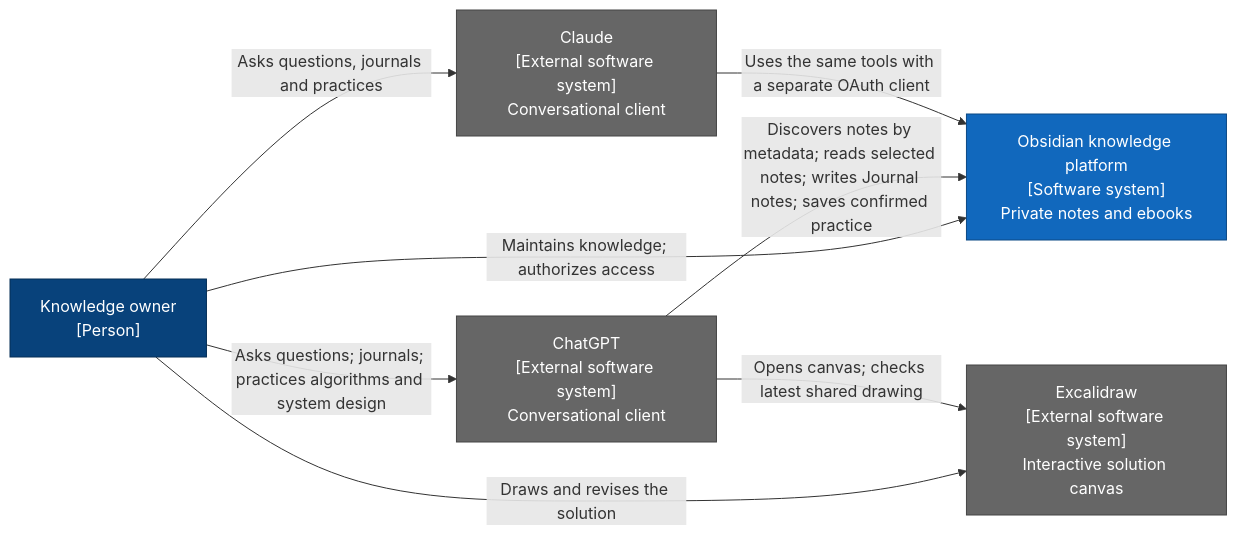
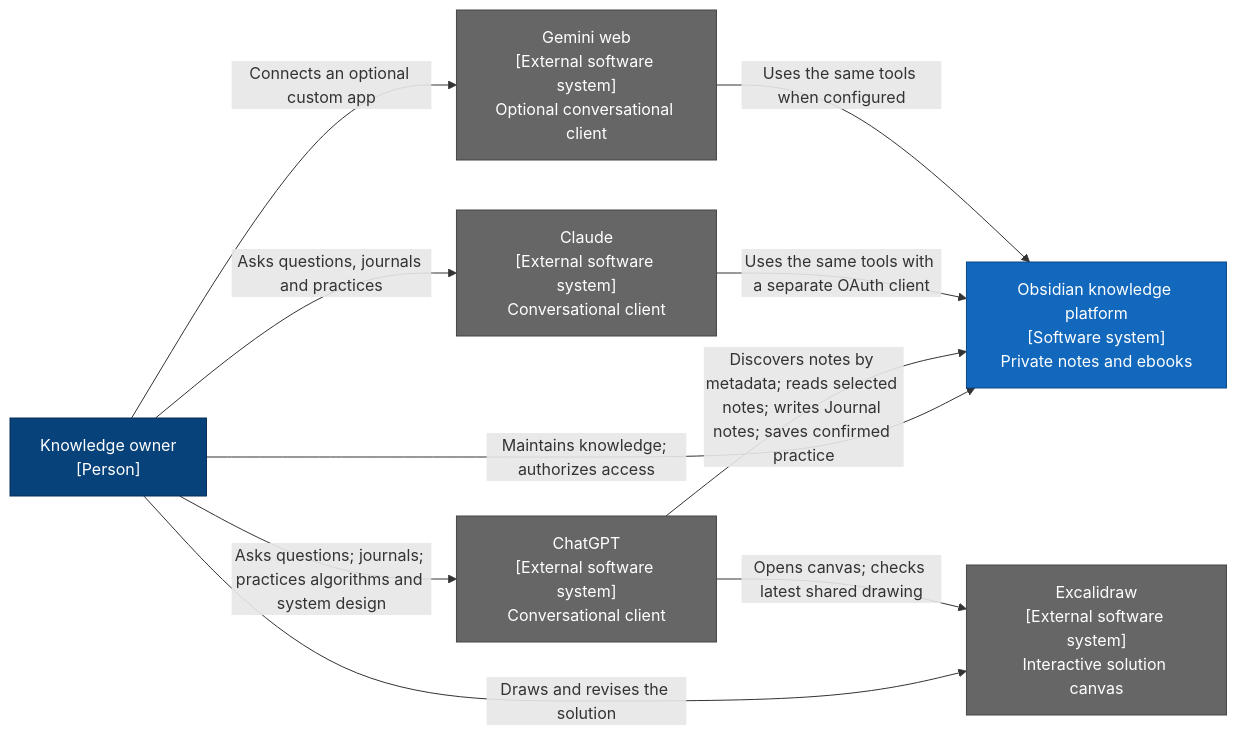
One commit to yepengfan/obsidian-workflow-infra changed the first of 2 diagrams in README.md. Above: the diagram before and after it, drawn with Mermaid. The commit also changed other lines of this file and 2 other files, not shown here.

Commit message:
no-mistakes(document): Document optional Gemini integration and setup references

````diff
--- a/README.md
+++ b/README.md
@@ -21,23 +23,26 @@
 ```mermaid
 flowchart LR
     Owner["Knowledge owner<br/>[Person]"]
     ChatGPT["ChatGPT<br/>[External software system]<br/>Conversational client"]
     Claude["Claude<br/>[External software system]<br/>Conversational client"]
+    Gemini["Gemini web<br/>[External software system]<br/>Optional conversational client"]
     Platform["Obsidian knowledge platform<br/>[Software system]<br/>Private notes and ebooks"]
     Excalidraw["Excalidraw<br/>[External software system]<br/>Interactive solution canvas"]
 
     Owner -->|"Asks questions; journals; practices algorithms and system design"| ChatGPT
     Owner -->|"Asks questions, journals and practices"| Claude
+    Owner -->|"Connects an optional custom app"| Gemini
     Owner -->|"Maintains knowledge; authorizes access"| Platform
     ChatGPT -->|"Discovers notes by metadata; reads selected notes; writes Journal notes; saves confirmed practice"| Platform
     Claude -->|"Uses the same tools with a separate OAuth client"| Platform
+    Gemini -->|"Uses the same tools when configured"| Platform
     Owner -->|"Draws and revises the solution"| Excalidraw
     ChatGPT -->|"Opens canvas; checks latest shared drawing"| Excalidraw
 
     classDef person fill:#08427b,color:#fff,stroke:#052e56
     classDef external fill:#666,color:#fff,stroke:#444
     classDef system fill:#1168bd,color:#fff,stroke:#0b4884
     class Owner person
-    class ChatGPT,Claude,Excalidraw external
+    class ChatGPT,Claude,Gemini,Excalidraw external
     class Platform system
 ```
````
